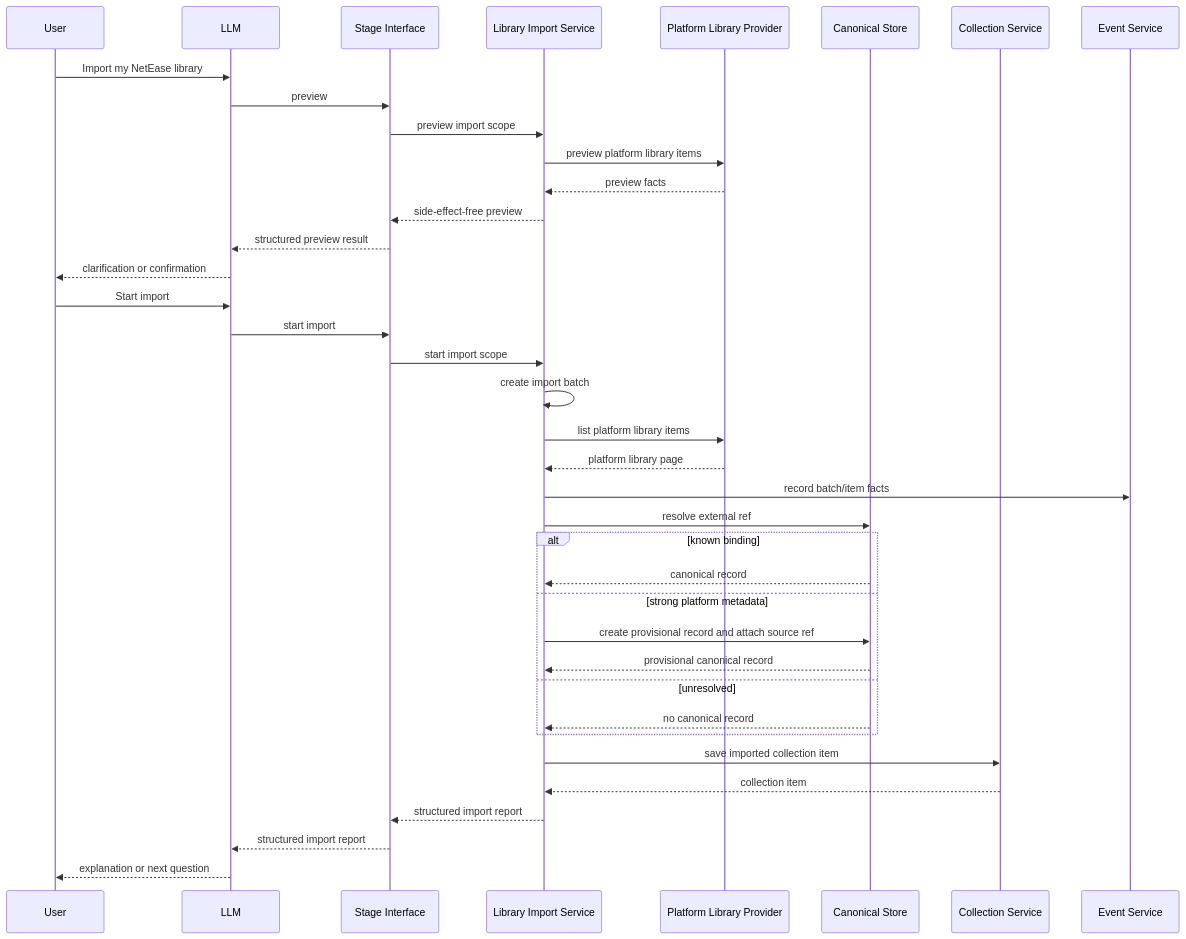
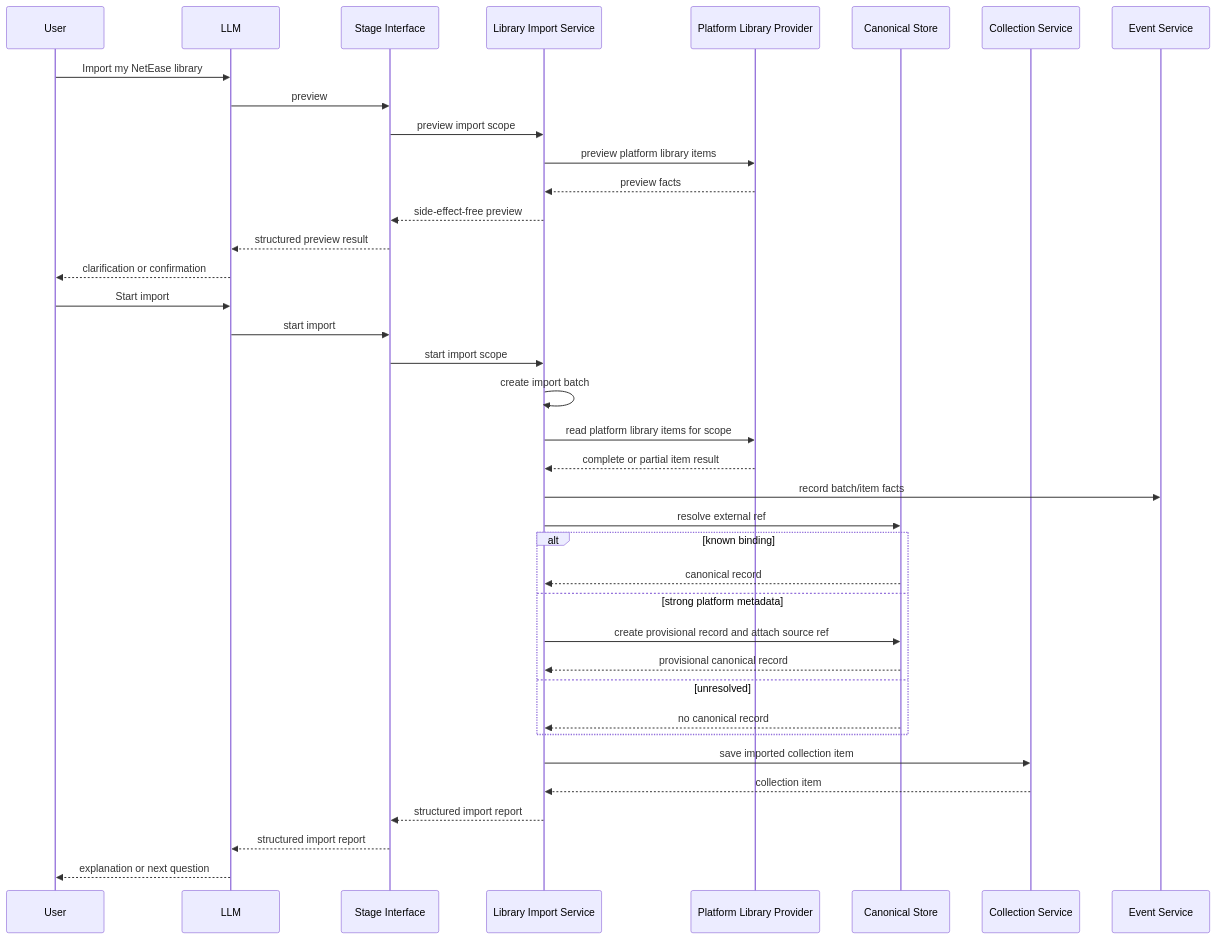
The second of 2 diagrams in docs/library-import/design.md (Odefined/MineMusic), drawn with Mermaid before and after one commit. The commit also changed other lines of this file and 10 other files, not shown here.

Commit message:
Add platform library provider slot contracts

````diff
--- a/docs/library-import/design.md
+++ b/docs/library-import/design.md
@@ -487,41 +401,41 @@
 ```mermaid
 sequenceDiagram
     participant User
     participant LLM
     participant Stage as Stage Interface
     participant Import as Library Import Service
     participant Provider as Platform Library Provider
     participant Canonical as Canonical Store
     participant Collection as Collection Service
     participant Events as Event Service
 
     User->>LLM: Import my NetEase library
     LLM->>Stage: preview
     Stage->>Import: preview import scope
     Import->>Provider: preview platform library items
     Provider-->>Import: preview facts
     Import-->>Stage: side-effect-free preview
     Stage-->>LLM: structured preview result
     LLM-->>User: clarification or confirmation
     User->>LLM: Start import
     LLM->>Stage: start import
     Stage->>Import: start import scope
     Import->>Import: create import batch
-    Import->>Provider: list platform library items
-    Provider-->>Import: platform library page
+    Import->>Provider: read platform library items for scope
+    Provider-->>Import: complete or partial item result
     Import->>Events: record batch/item facts
     Import->>Canonical: resolve external ref
     alt known binding
         Canonical-->>Import: canonical record
     else strong platform metadata
         Import->>Canonical: create provisional record and attach source ref
         Canonical-->>Import: provisional canonical record
     else unresolved
         Canonical-->>Import: no canonical record
     end
     Import->>Collection: save imported collection item
     Collection-->>Import: collection item
     Import-->>Stage: structured import report
     Stage-->>LLM: structured import report
     LLM-->>User: explanation or next question
 ```
````
